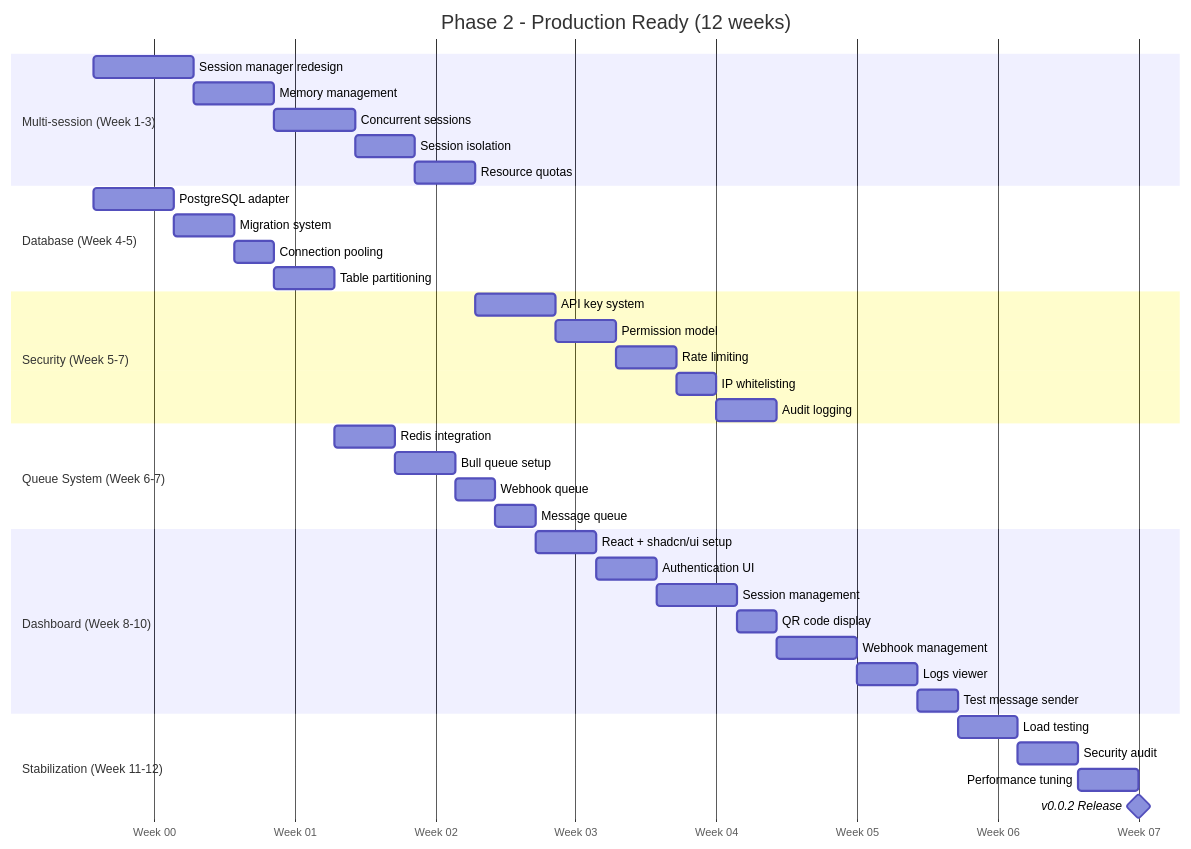
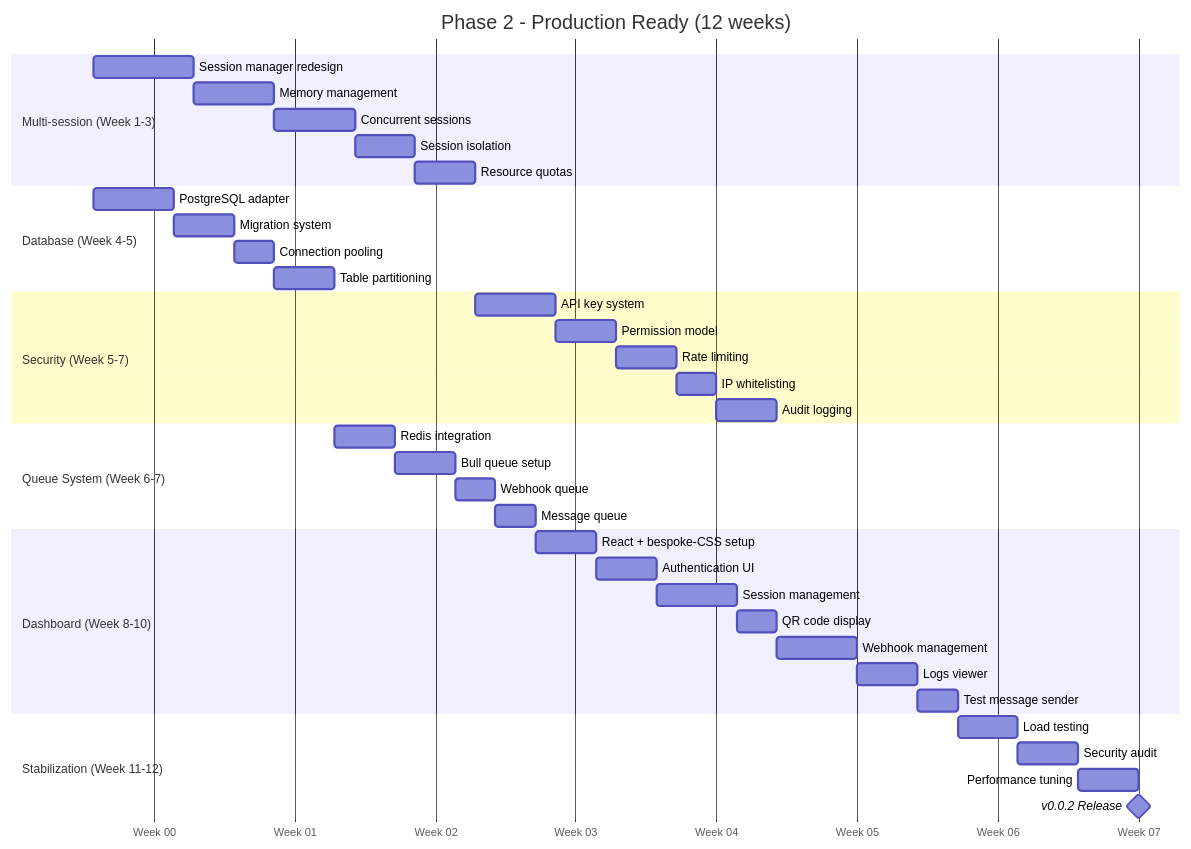
One commit to Carnaval-Team/VentIQ-seller-App changed the fourth of 7 diagrams in ventiq_admin_app/docs_wapi/15-project-roadmap.md. Above: the diagram before and after it, drawn with Mermaid. The commit also changed other lines of this file and 39 other files, not shown here.

````diff
--- a/ventiq_admin_app/docs_wapi/15-project-roadmap.md
+++ b/ventiq_admin_app/docs_wapi/15-project-roadmap.md
@@ -243,47 +299,47 @@
 ```mermaid
 gantt
     title Phase 2 - Production Ready (12 weeks)
     dateFormat  X
     axisFormat Week %W
 
     section Multi-session (Week 1-3)
     Session manager redesign    :p2-1, 0, 5d
     Memory management           :p2-2, after p2-1, 4d
     Concurrent sessions         :p2-3, after p2-2, 4d
     Session isolation           :p2-4, after p2-3, 3d
     Resource quotas             :p2-5, after p2-4, 3d
 
     section Database (Week 4-5)
     PostgreSQL adapter          :p2-6, 0, 4d
     Migration system            :p2-7, after p2-6, 3d
     Connection pooling          :p2-8, after p2-7, 2d
     Table partitioning          :p2-9, after p2-8, 3d
 
     section Security (Week 5-7)
     API key system              :p2-10, after p2-5, 4d
     Permission model            :p2-11, after p2-10, 3d
     Rate limiting               :p2-12, after p2-11, 3d
     IP whitelisting             :p2-13, after p2-12, 2d
     Audit logging               :p2-14, after p2-13, 3d
 
     section Queue System (Week 6-7)
     Redis integration           :p2-15, after p2-9, 3d
     Bull queue setup            :p2-16, after p2-15, 3d
     Webhook queue               :p2-17, after p2-16, 2d
     Message queue               :p2-18, after p2-17, 2d
 
     section Dashboard (Week 8-10)
-    React + shadcn/ui setup     :p2-19, after p2-18, 3d
+    React + bespoke-CSS setup   :p2-19, after p2-18, 3d
     Authentication UI           :p2-20, after p2-19, 3d
     Session management          :p2-21, after p2-20, 4d
     QR code display             :p2-22, after p2-21, 2d
     Webhook management          :p2-23, after p2-22, 4d
     Logs viewer                 :p2-24, after p2-23, 3d
     Test message sender         :p2-25, after p2-24, 2d
 
     section Stabilization (Week 11-12)
     Load testing                :p2-26, after p2-25, 3d
     Security audit              :p2-27, after p2-26, 3d
     Performance tuning          :p2-28, after p2-27, 3d
     v0.0.2 Release              :milestone, p2-29, after p2-28, 0d
 ```
````
